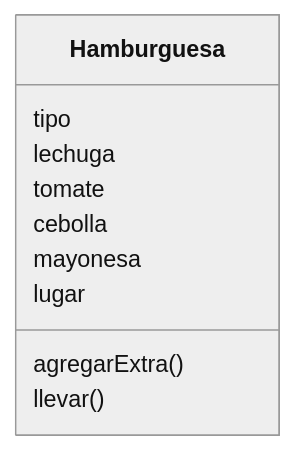
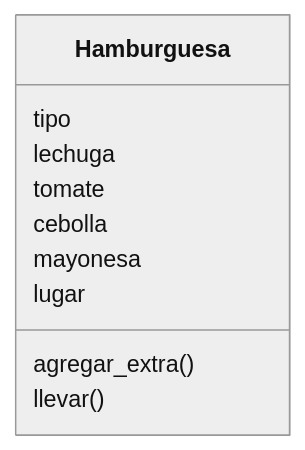
One commit to PatoAparicio/psg-oop-2025 changed the diagram in retos_sesion_01/ejercicio_01.md. Above: the diagram before and after it, drawn with Mermaid (neutral theme). The commit also changed other lines of this file and 2 other files, not shown here.

````diff
--- a/retos_sesion_01/ejercicio_01.md
+++ b/retos_sesion_01/ejercicio_01.md
@@ -42,13 +42,13 @@
 ```mermaid
 classDiagram
 class Hamburguesa {
     tipo
     lechuga
     tomate
     cebolla
     mayonesa
     lugar
-    agregarExtra()
+    agregar_extra()
     llevar()
     }
 ```
````
